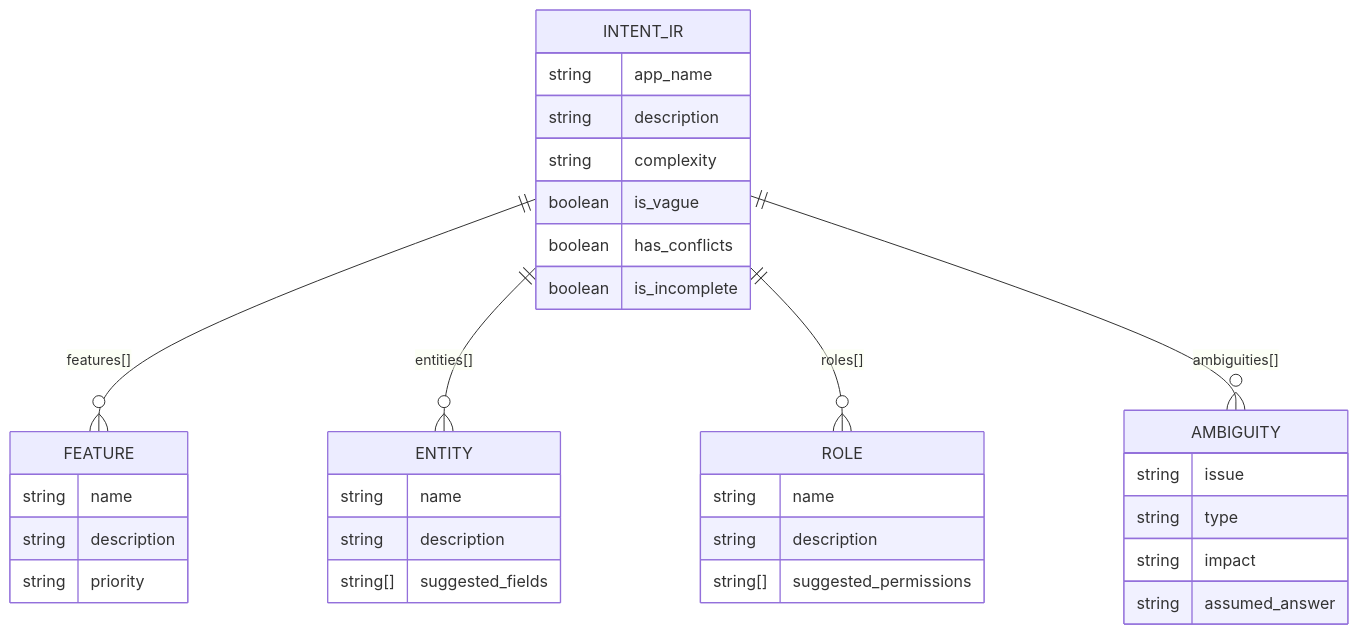
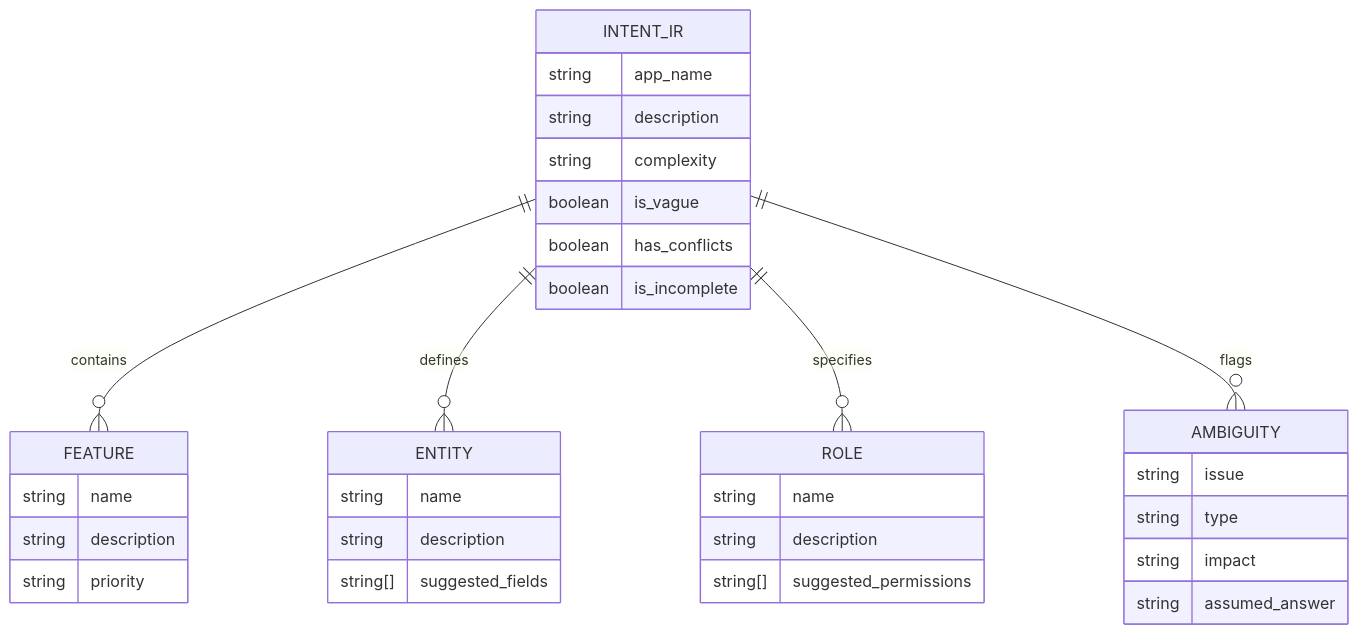
One commit to notsooamit/app-compiler changed diagram 13 of 19 in SOFTWARE_ARCHITECTURE.md. Above: the diagram before and after it, drawn with Mermaid. The commit also changed other lines of this file and 2 other files, not shown here.

````diff
--- a/SOFTWARE_ARCHITECTURE.md
+++ b/SOFTWARE_ARCHITECTURE.md
@@ -799,41 +721,41 @@
 ```mermaid
 erDiagram
     INTENT_IR {
         string app_name
         string description
         string complexity
         boolean is_vague
         boolean has_conflicts
         boolean is_incomplete
     }
     
     FEATURE {
         string name
         string description
         string priority
     }
     
     ENTITY {
         string name
         string description
         string[] suggested_fields
     }
     
     ROLE {
         string name
         string description
         string[] suggested_permissions
     }
     
     AMBIGUITY {
         string issue
         string type
         string impact
         string assumed_answer
     }
     
-    INTENT_IR ||--o{ FEATURE : "features[]"
-    INTENT_IR ||--o{ ENTITY : "entities[]"
-    INTENT_IR ||--o{ ROLE : "roles[]"
-    INTENT_IR ||--o{ AMBIGUITY : "ambiguities[]"
+    INTENT_IR ||--o{ FEATURE : "contains"
+    INTENT_IR ||--o{ ENTITY : "defines"
+    INTENT_IR ||--o{ ROLE : "specifies"
+    INTENT_IR ||--o{ AMBIGUITY : "flags"
 ```
````
